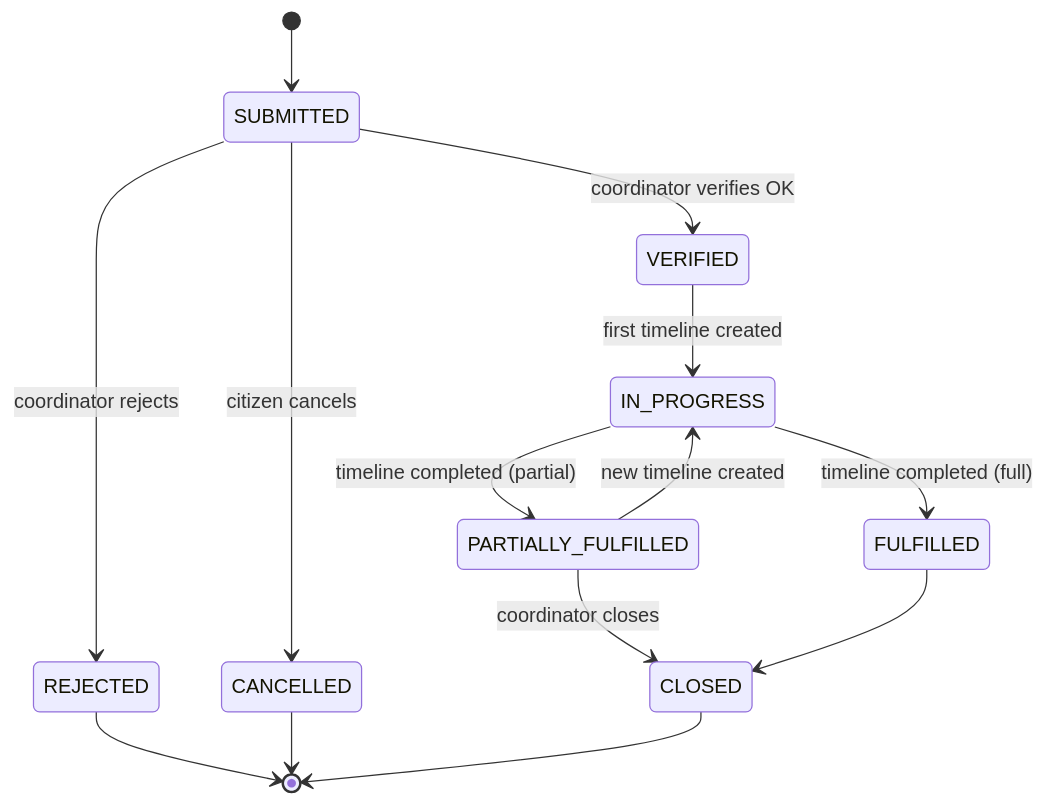
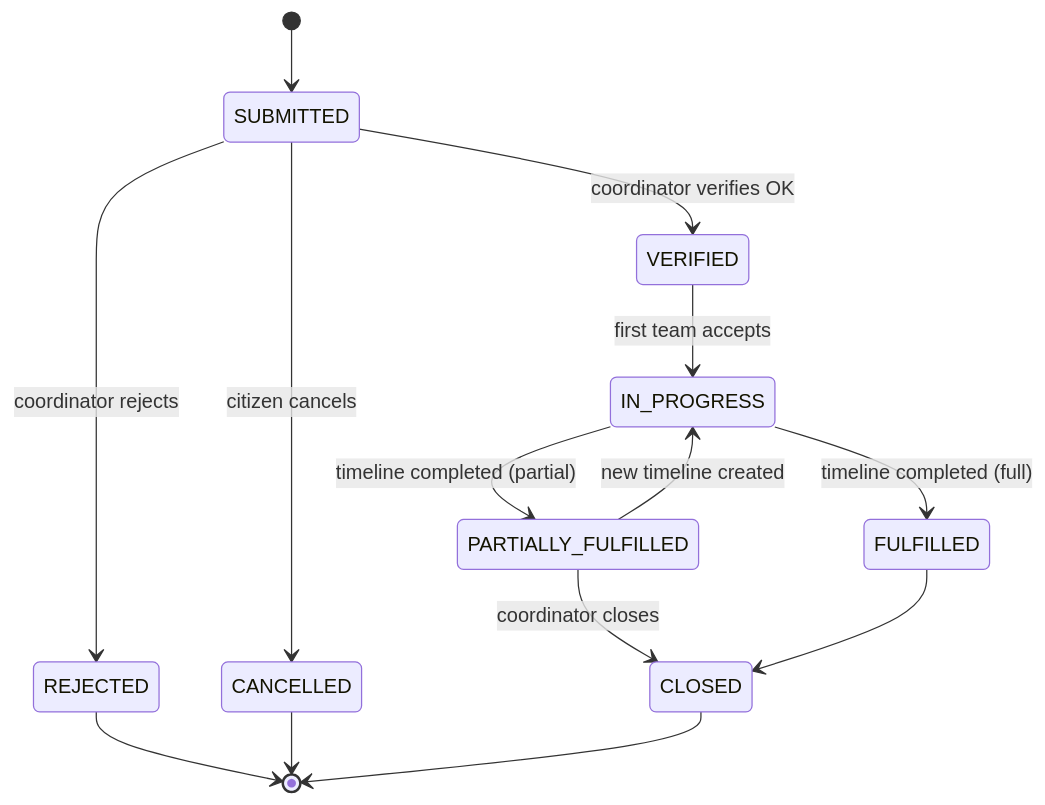
Before and after one commit to phuonganh1609/flood_rescue: the first of 6 diagrams in docs/flows/Relief_flow_1.1.md, drawn with Mermaid. The commit also changed other lines of this file and 44 other files, not shown here.

````diff
--- a/docs/flows/Relief_flow_1.1.md
+++ b/docs/flows/Relief_flow_1.1.md
@@ -34,22 +34,22 @@
 ```mermaid
 stateDiagram-v2
     [*] --> SUBMITTED
 
     SUBMITTED --> VERIFIED : coordinator verifies OK
     SUBMITTED --> REJECTED : coordinator rejects
     SUBMITTED --> CANCELLED : citizen cancels
 
-    VERIFIED --> IN_PROGRESS : first timeline created
+    VERIFIED --> IN_PROGRESS : first team accepts
 
     IN_PROGRESS --> PARTIALLY_FULFILLED : timeline completed (partial)
     IN_PROGRESS --> FULFILLED : timeline completed (full)
 
     PARTIALLY_FULFILLED --> IN_PROGRESS : new timeline created
     PARTIALLY_FULFILLED --> CLOSED : coordinator closes
 
     FULFILLED --> CLOSED
 
     REJECTED --> [*]
     CANCELLED --> [*]
     CLOSED --> [*]
 ```
````
